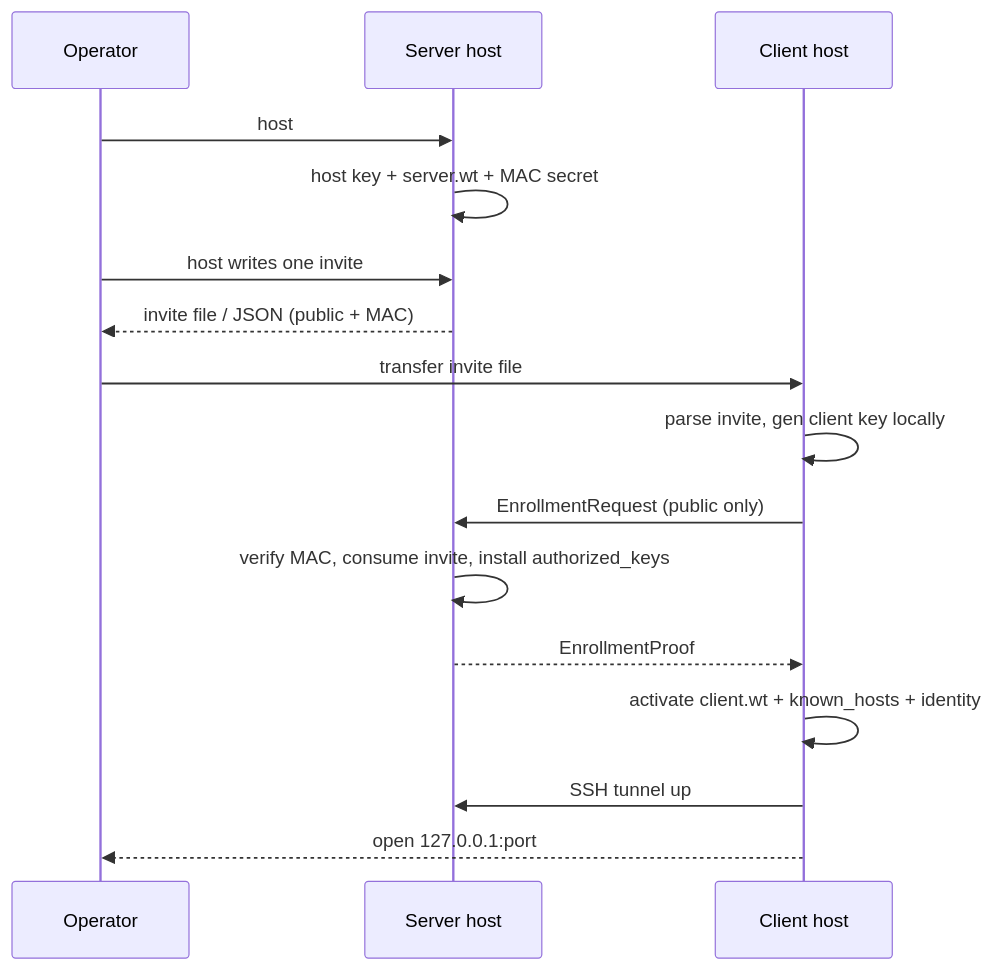
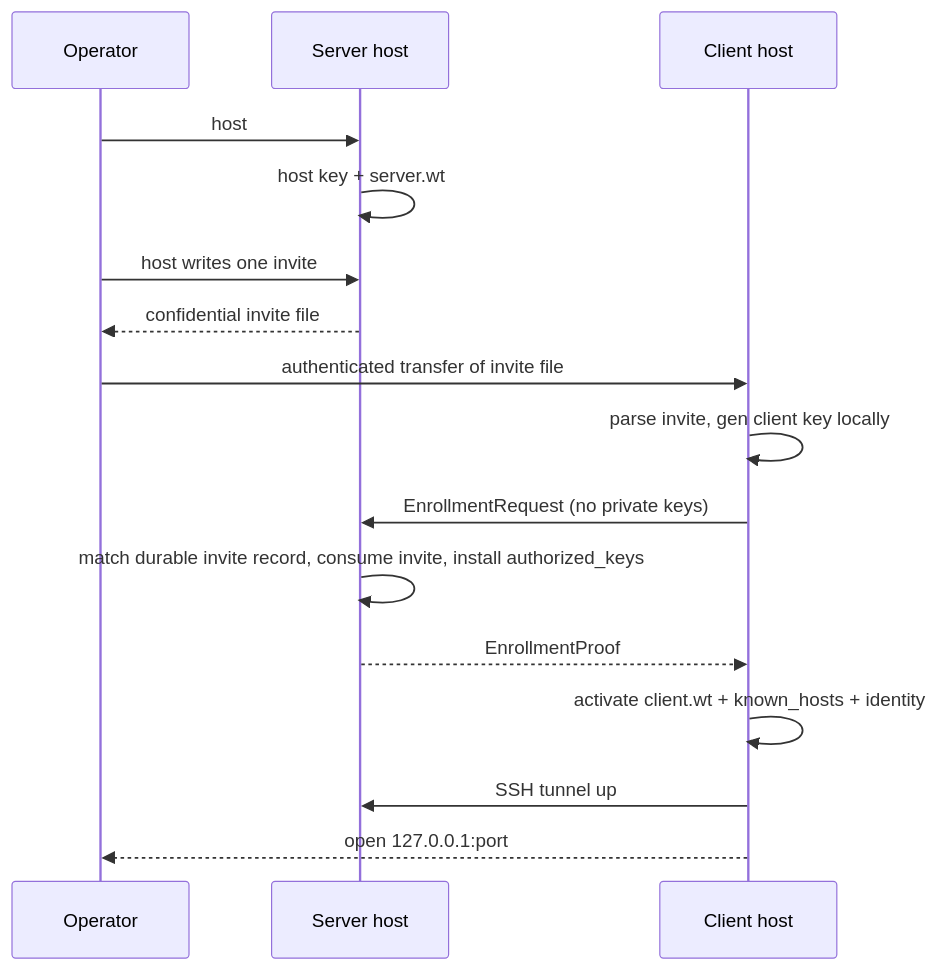
One commit to warptweet/warptweet changed the first of 2 diagrams in docs/2026-08-14_reviewer-catchup-cli-invites-architecture.md. Above: the diagram before and after it, drawn with Mermaid. The commit also changed other lines of this file and 3 other files, not shown here.

````diff
--- a/docs/2026-08-14_reviewer-catchup-cli-invites-architecture.md
+++ b/docs/2026-08-14_reviewer-catchup-cli-invites-architecture.md
@@ -183,19 +183,19 @@
 ```mermaid
 sequenceDiagram
   participant Op as Operator
   participant S as Server host
   participant C as Client host
 
   Op->>S: host
-  S->>S: host key + server.wt + MAC secret
+  S->>S: host key + server.wt
   Op->>S: host writes one invite
-  S-->>Op: invite file / JSON (public + MAC)
-  Op->>C: transfer invite file
+  S-->>Op: confidential invite file
+  Op->>C: authenticated transfer of invite file
   C->>C: parse invite, gen client key locally
-  C->>S: EnrollmentRequest (public only)
-  S->>S: verify MAC, consume invite, install authorized_keys
+  C->>S: EnrollmentRequest (no private keys)
+  S->>S: match durable invite record, consume invite, install authorized_keys
   S-->>C: EnrollmentProof
   C->>C: activate client.wt + known_hosts + identity
   C->>S: SSH tunnel up
   C-->>Op: open 127.0.0.1:port
 ```
````
